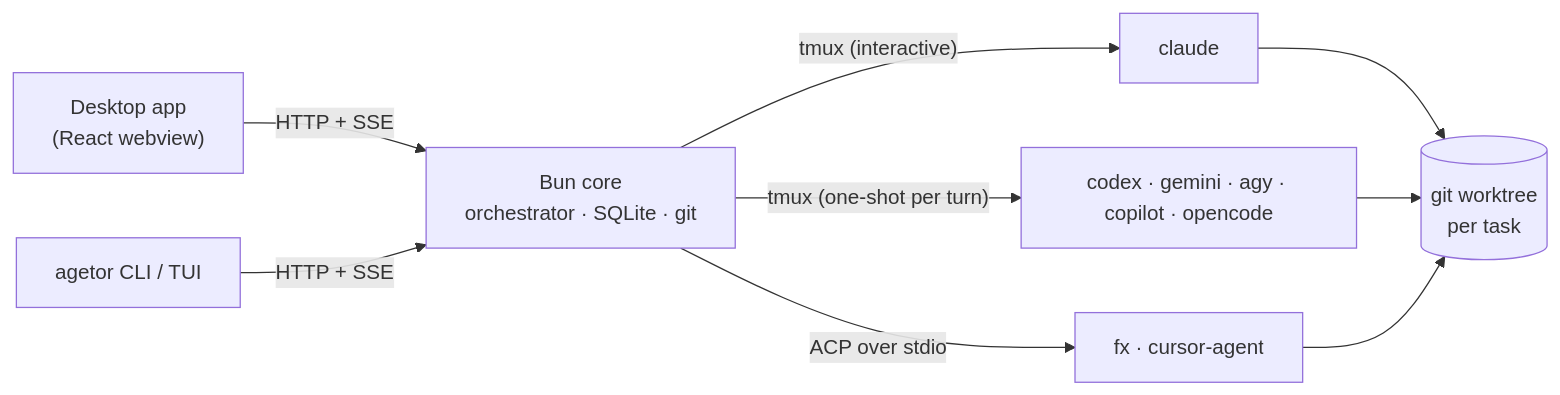
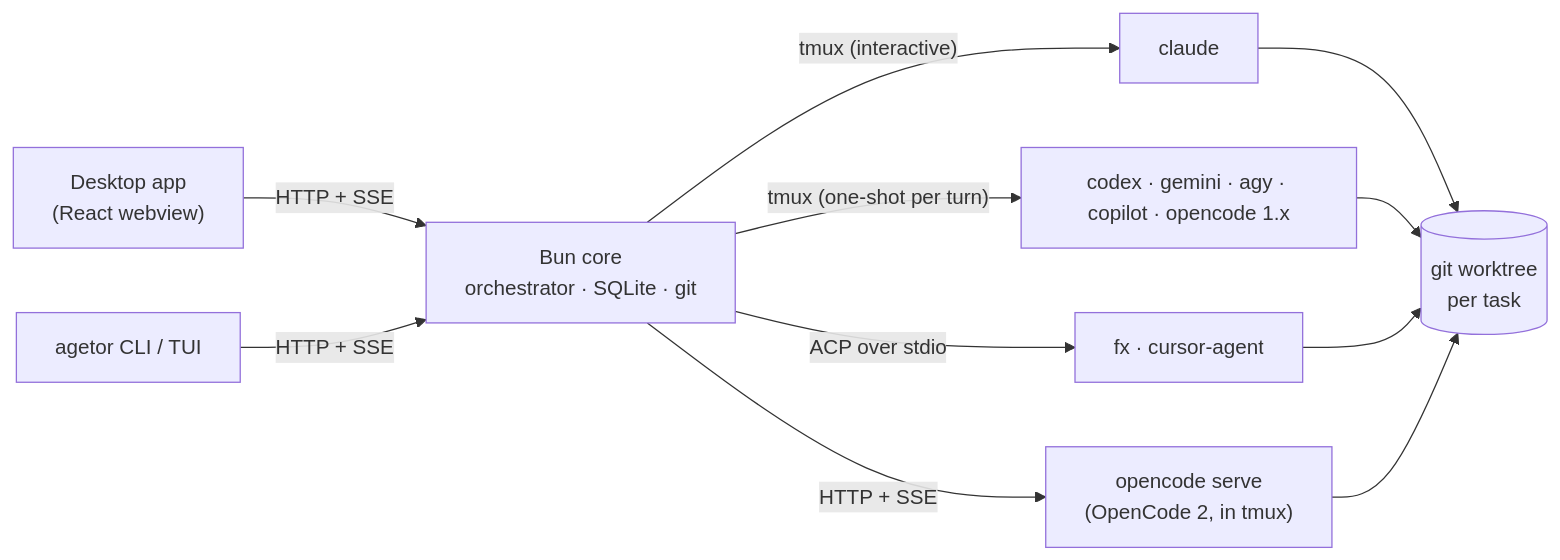
The second of 2 diagrams in README.md (alamops/agetor), drawn with Mermaid before and after one commit. The commit also changed other lines of this file and 111 other files, not shown here.

Commit message:
fix: run OpenCode 2.x turns on an agetor-owned opencode serve (steering, cards, restart survival) (#289)

````diff
--- a/README.md
+++ b/README.md
@@ -314,12 +316,14 @@
 ```mermaid
 flowchart LR
     UI["Desktop app<br/>(React webview)"] -- "HTTP + SSE" --> Core
     CLI["agetor CLI / TUI"] -- "HTTP + SSE" --> Core
     Core["Bun core<br/>orchestrator · SQLite · git"]
     Core -- "tmux (interactive)" --> Claude["claude"]
-    Core -- "tmux (one-shot per turn)" --> OneShot["codex · gemini · agy · copilot · opencode"]
+    Core -- "tmux (one-shot per turn)" --> OneShot["codex · gemini · agy · copilot · opencode 1.x"]
+    Core -- "HTTP + SSE" --> OC["opencode serve<br/>(OpenCode 2, in tmux)"]
     Core -- "ACP over stdio" --> FX["fx · cursor-agent"]
     Claude --> WT[("git worktree<br/>per task")]
     OneShot --> WT
     FX --> WT
+    OC --> WT
 ```
````
